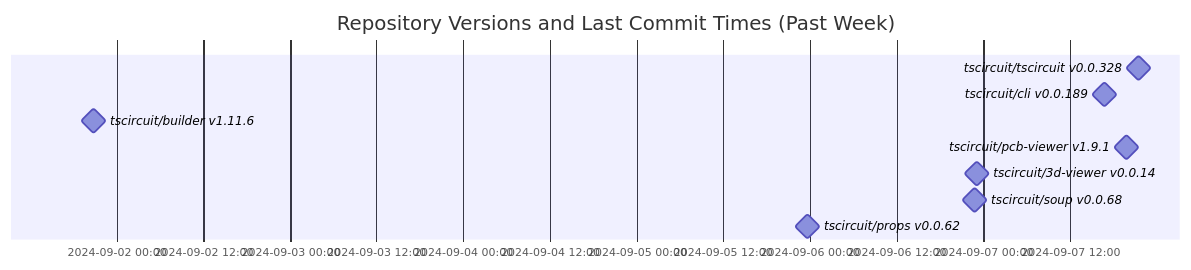
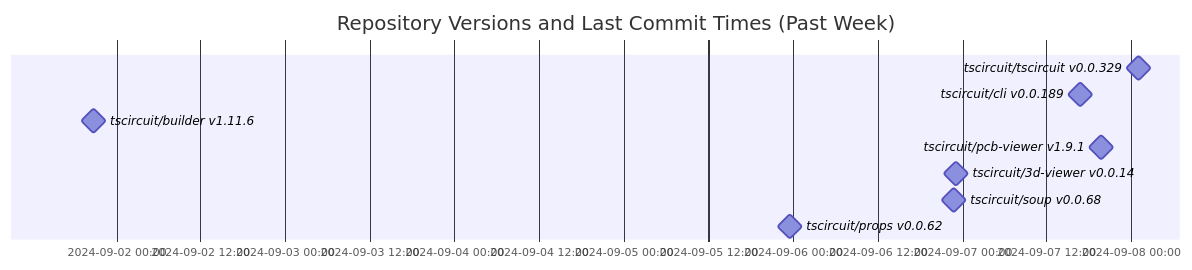
The diagram in README.md (tscircuit/version-tracker), drawn with Mermaid before and after one commit.

Commit message:
Update chart

````diff
--- a/README.md
+++ b/README.md
@@ -1,14 +1,14 @@
 ```mermaid
 gantt
   dateFormat  YYYY-MM-DD HH:mm:ss
   title Repository Versions and Last Commit Times (Past Week)
   axisFormat %Y-%m-%d %H:%M
 
-  tscircuit/tscircuit v0.0.328 : milestone, 2024-09-07 21:30:19, 1s
+  tscircuit/tscircuit v0.0.329 : milestone, 2024-09-08 01:01:54, 1s
   tscircuit/cli v0.0.189 : milestone, 2024-09-07 16:43:53, 1s
   tscircuit/builder v1.11.6 : milestone, 2024-09-01 20:47:46, 1s
   tscircuit/pcb-viewer v1.9.1 : milestone, 2024-09-07 19:46:23, 1s
   tscircuit/3d-viewer v0.0.14 : milestone, 2024-09-06 23:07:26, 1s
   tscircuit/soup v0.0.68 : milestone, 2024-09-06 22:51:33, 1s
   tscircuit/props v0.0.62 : milestone, 2024-09-05 23:38:33, 1s
 ```
````
